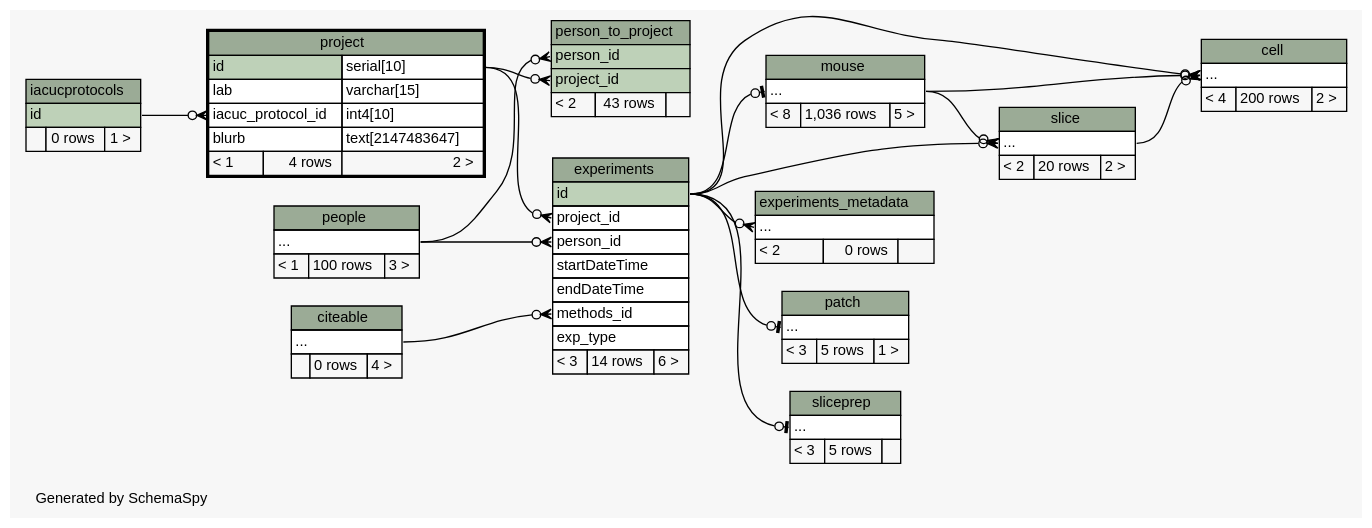
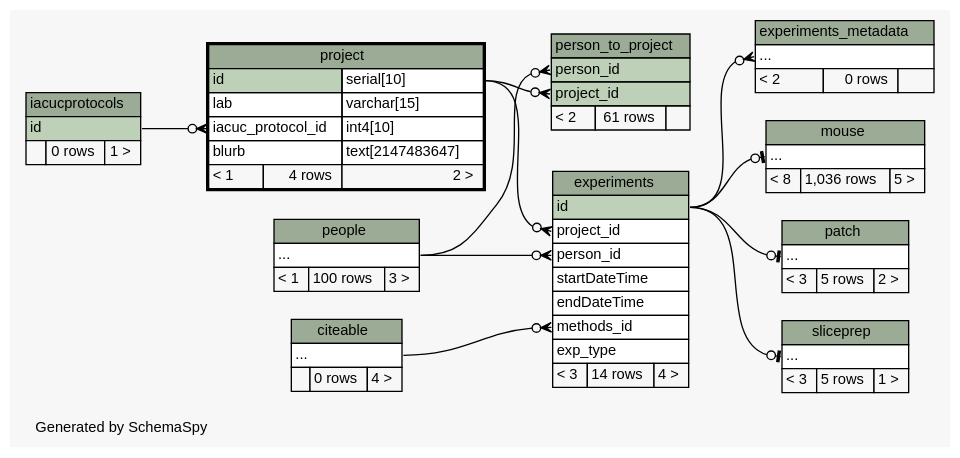
One commit to tgbugs/mlab changed the diagram in database/ss/diagrams/project.2degrees.dot. Above: the diagram before and after it, drawn with Graphviz. The commit also changed 193 other files, not shown here.

```diff
--- a/database/ss/diagrams/project.2degrees.dot
+++ b/database/ss/diagrams/project.2degrees.dot
@@ -1,167 +1,142 @@
 // dot 2.34.0 on Windows 7 6.1
 // SchemaSpy rev 590
 digraph "twoDegreesRelationshipsDiagram" {
   graph [
     rankdir="RL"
     bgcolor="#f7f7f7"
     label="\nGenerated by SchemaSpy"
     labeljust="l"
     nodesep="0.18"
     ranksep="0.46"
     fontname="Helvetica"
     fontsize="11"
   ];
   node [
     fontname="Helvetica"
     fontsize="11"
     shape="plaintext"
   ];
   edge [
     arrowsize="0.8"
   ];
-  "cell":"elipses":w -> "experiments":"id":e [arrowhead=none dir=back arrowtail=crowodot];
-  "cell":"elipses":w -> "mouse":"elipses":e [arrowhead=none dir=back arrowtail=crowodot];
-  "cell":"elipses":w -> "slice":"elipses":e [arrowhead=none dir=back arrowtail=crowodot];
   "experiments":"methods_id":w -> "citeable":"elipses":e [arrowhead=none dir=back arrowtail=crowodot];
   "experiments":"person_id":w -> "people":"elipses":e [arrowhead=none dir=back arrowtail=crowodot];
   "experiments":"project_id":w -> "project":"id.type":e [arrowhead=none dir=back arrowtail=crowodot];
   "experiments_metadata":"elipses":w -> "experiments":"id":e [arrowhead=none dir=back arrowtail=crowodot];
   "mouse":"elipses":w -> "experiments":"id":e [arrowhead=none dir=back arrowtail=teeodot];
   "patch":"elipses":w -> "experiments":"id":e [arrowhead=none dir=back arrowtail=teeodot];
   "person_to_project":"person_id":w -> "people":"elipses":e [arrowhead=none dir=back arrowtail=crowodot];
   "person_to_project":"project_id":w -> "project":"id.type":e [arrowhead=none dir=back arrowtail=crowodot];
   "project":"iacuc_protocol_id":w -> "iacucprotocols":"id":e [arrowhead=none dir=back arrowtail=crowodot];
-  "slice":"elipses":w -> "mouse":"elipses":e [arrowhead=none dir=back arrowtail=crowodot];
-  "slice":"elipses":w -> "experiments":"id":e [arrowhead=none dir=back arrowtail=crowodot];
   "sliceprep":"elipses":w -> "experiments":"id":e [arrowhead=none dir=back arrowtail=teeodot];
-  "cell" [
-    label=<
-    <TABLE BORDER="0" CELLBORDER="1" CELLSPACING="0" BGCOLOR="#ffffff">
-      <TR><TD COLSPAN="3" BGCOLOR="#9bab96" ALIGN="CENTER">cell</TD></TR>
-      <TR><TD PORT="elipses" COLSPAN="3" ALIGN="LEFT">...</TD></TR>
-      <TR><TD ALIGN="LEFT" BGCOLOR="#f7f7f7">&lt; 4</TD><TD ALIGN="RIGHT" BGCOLOR="#f7f7f7">200 rows</TD><TD ALIGN="RIGHT" BGCOLOR="#f7f7f7">2 &gt;</TD></TR>
-    </TABLE>>
-    URL="cell.html"
-    tooltip="cell"
-  ];
   "citeable" [
     label=<
     <TABLE BORDER="0" CELLBORDER="1" CELLSPACING="0" BGCOLOR="#ffffff">
       <TR><TD COLSPAN="3" BGCOLOR="#9bab96" ALIGN="CENTER">citeable</TD></TR>
       <TR><TD PORT="elipses" COLSPAN="3" ALIGN="LEFT">...</TD></TR>
       <TR><TD ALIGN="LEFT" BGCOLOR="#f7f7f7">  </TD><TD ALIGN="RIGHT" BGCOLOR="#f7f7f7">0 rows</TD><TD ALIGN="RIGHT" BGCOLOR="#f7f7f7">4 &gt;</TD></TR>
     </TABLE>>
     URL="citeable.html"
     tooltip="citeable"
   ];
   "experiments" [
     label=<
     <TABLE BORDER="0" CELLBORDER="1" CELLSPACING="0" BGCOLOR="#ffffff">
       <TR><TD COLSPAN="3" BGCOLOR="#9bab96" ALIGN="CENTER">experiments</TD></TR>
       <TR><TD PORT="id" COLSPAN="3" BGCOLOR="#bed1b8" ALIGN="LEFT">id</TD></TR>
       <TR><TD PORT="project_id" COLSPAN="3" ALIGN="LEFT">project_id</TD></TR>
       <TR><TD PORT="person_id" COLSPAN="3" ALIGN="LEFT">person_id</TD></TR>
       <TR><TD PORT="startDateTime" COLSPAN="3" ALIGN="LEFT">startDateTime</TD></TR>
       <TR><TD PORT="endDateTime" COLSPAN="3" ALIGN="LEFT">endDateTime</TD></TR>
       <TR><TD PORT="methods_id" COLSPAN="3" ALIGN="LEFT">methods_id</TD></TR>
       <TR><TD PORT="exp_type" COLSPAN="3" ALIGN="LEFT">exp_type</TD></TR>
-      <TR><TD ALIGN="LEFT" BGCOLOR="#f7f7f7">&lt; 3</TD><TD ALIGN="RIGHT" BGCOLOR="#f7f7f7">14 rows</TD><TD ALIGN="RIGHT" BGCOLOR="#f7f7f7">6 &gt;</TD></TR>
+      <TR><TD ALIGN="LEFT" BGCOLOR="#f7f7f7">&lt; 3</TD><TD ALIGN="RIGHT" BGCOLOR="#f7f7f7">14 rows</TD><TD ALIGN="RIGHT" BGCOLOR="#f7f7f7">4 &gt;</TD></TR>
     </TABLE>>
     URL="experiments.html"
     tooltip="experiments"
   ];
   "experiments_metadata" [
     label=<
     <TABLE BORDER="0" CELLBORDER="1" CELLSPACING="0" BGCOLOR="#ffffff">
       <TR><TD COLSPAN="3" BGCOLOR="#9bab96" ALIGN="CENTER">experiments_metadata</TD></TR>
       <TR><TD PORT="elipses" COLSPAN="3" ALIGN="LEFT">...</TD></TR>
       <TR><TD ALIGN="LEFT" BGCOLOR="#f7f7f7">&lt; 2</TD><TD ALIGN="RIGHT" BGCOLOR="#f7f7f7">0 rows</TD><TD ALIGN="RIGHT" BGCOLOR="#f7f7f7">  </TD></TR>
     </TABLE>>
     URL="experiments_metadata.html"
     tooltip="experiments_metadata"
   ];
   "iacucprotocols" [
     label=<
     <TABLE BORDER="0" CELLBORDER="1" CELLSPACING="0" BGCOLOR="#ffffff">
       <TR><TD COLSPAN="3" BGCOLOR="#9bab96" ALIGN="CENTER">iacucprotocols</TD></TR>
       <TR><TD PORT="id" COLSPAN="3" BGCOLOR="#bed1b8" ALIGN="LEFT">id</TD></TR>
       <TR><TD ALIGN="LEFT" BGCOLOR="#f7f7f7">  </TD><TD ALIGN="RIGHT" BGCOLOR="#f7f7f7">0 rows</TD><TD ALIGN="RIGHT" BGCOLOR="#f7f7f7">1 &gt;</TD></TR>
     </TABLE>>
     URL="iacucprotocols.html"
     tooltip="iacucprotocols"
   ];
   "mouse" [
     label=<
     <TABLE BORDER="0" CELLBORDER="1" CELLSPACING="0" BGCOLOR="#ffffff">
       <TR><TD COLSPAN="3" BGCOLOR="#9bab96" ALIGN="CENTER">mouse</TD></TR>
       <TR><TD PORT="elipses" COLSPAN="3" ALIGN="LEFT">...</TD></TR>
       <TR><TD ALIGN="LEFT" BGCOLOR="#f7f7f7">&lt; 8</TD><TD ALIGN="RIGHT" BGCOLOR="#f7f7f7">1,036 rows</TD><TD ALIGN="RIGHT" BGCOLOR="#f7f7f7">5 &gt;</TD></TR>
     </TABLE>>
     URL="mouse.html"
     tooltip="mouse"
   ];
   "patch" [
     label=<
     <TABLE BORDER="0" CELLBORDER="1" CELLSPACING="0" BGCOLOR="#ffffff">
       <TR><TD COLSPAN="3" BGCOLOR="#9bab96" ALIGN="CENTER">patch</TD></TR>
       <TR><TD PORT="elipses" COLSPAN="3" ALIGN="LEFT">...</TD></TR>
-      <TR><TD ALIGN="LEFT" BGCOLOR="#f7f7f7">&lt; 3</TD><TD ALIGN="RIGHT" BGCOLOR="#f7f7f7">5 rows</TD><TD ALIGN="RIGHT" BGCOLOR="#f7f7f7">1 &gt;</TD></TR>
+      <TR><TD ALIGN="LEFT" BGCOLOR="#f7f7f7">&lt; 3</TD><TD ALIGN="RIGHT" BGCOLOR="#f7f7f7">5 rows</TD><TD ALIGN="RIGHT" BGCOLOR="#f7f7f7">2 &gt;</TD></TR>
     </TABLE>>
     URL="patch.html"
     tooltip="patch"
   ];
   "people" [
     label=<
     <TABLE BORDER="0" CELLBORDER="1" CELLSPACING="0" BGCOLOR="#ffffff">
       <TR><TD COLSPAN="3" BGCOLOR="#9bab96" ALIGN="CENTER">people</TD></TR>
       <TR><TD PORT="elipses" COLSPAN="3" ALIGN="LEFT">...</TD></TR>
       <TR><TD ALIGN="LEFT" BGCOLOR="#f7f7f7">&lt; 1</TD><TD ALIGN="RIGHT" BGCOLOR="#f7f7f7">100 rows</TD><TD ALIGN="RIGHT" BGCOLOR="#f7f7f7">3 &gt;</TD></TR>
     </TABLE>>
     URL="people.html"
     tooltip="people"
   ];
   "person_to_project" [
     label=<
     <TABLE BORDER="0" CELLBORDER="1" CELLSPACING="0" BGCOLOR="#ffffff">
       <TR><TD COLSPAN="3" BGCOLOR="#9bab96" ALIGN="CENTER">person_to_project</TD></TR>
       <TR><TD PORT="person_id" COLSPAN="3" BGCOLOR="#bed1b8" ALIGN="LEFT">person_id</TD></TR>
       <TR><TD PORT="project_id" COLSPAN="3" BGCOLOR="#bed1b8" ALIGN="LEFT">project_id</TD></TR>
-      <TR><TD ALIGN="LEFT" BGCOLOR="#f7f7f7">&lt; 2</TD><TD ALIGN="RIGHT" BGCOLOR="#f7f7f7">43 rows</TD><TD ALIGN="RIGHT" BGCOLOR="#f7f7f7">  </TD></TR>
+      <TR><TD ALIGN="LEFT" BGCOLOR="#f7f7f7">&lt; 2</TD><TD ALIGN="RIGHT" BGCOLOR="#f7f7f7">61 rows</TD><TD ALIGN="RIGHT" BGCOLOR="#f7f7f7">  </TD></TR>
     </TABLE>>
     URL="person_to_project.html"
     tooltip="person_to_project"
   ];
   "project" [
     label=<
     <TABLE BORDER="2" CELLBORDER="1" CELLSPACING="0" BGCOLOR="#ffffff">
       <TR><TD COLSPAN="3" BGCOLOR="#9bab96" ALIGN="CENTER">project</TD></TR>
       <TR><TD PORT="id" COLSPAN="2" BGCOLOR="#bed1b8" ALIGN="LEFT">id</TD><TD PORT="id.type" ALIGN="LEFT">serial[10]</TD></TR>
       <TR><TD PORT="lab" COLSPAN="2" ALIGN="LEFT">lab</TD><TD PORT="lab.type" ALIGN="LEFT">varchar[15]</TD></TR>
       <TR><TD PORT="iacuc_protocol_id" COLSPAN="2" ALIGN="LEFT">iacuc_protocol_id</TD><TD PORT="iacuc_protocol_id.type" ALIGN="LEFT">int4[10]</TD></TR>
       <TR><TD PORT="blurb" COLSPAN="2" ALIGN="LEFT">blurb</TD><TD PORT="blurb.type" ALIGN="LEFT">text[2147483647]</TD></TR>
       <TR><TD ALIGN="LEFT" BGCOLOR="#f7f7f7">&lt; 1</TD><TD ALIGN="RIGHT" BGCOLOR="#f7f7f7">4 rows</TD><TD ALIGN="RIGHT" BGCOLOR="#f7f7f7">2 &gt;</TD></TR>
     </TABLE>>
     URL="project.html"
     tooltip="project"
   ];
-  "slice" [
-    label=<
-    <TABLE BORDER="0" CELLBORDER="1" CELLSPACING="0" BGCOLOR="#ffffff">
-      <TR><TD COLSPAN="3" BGCOLOR="#9bab96" ALIGN="CENTER">slice</TD></TR>
-      <TR><TD PORT="elipses" COLSPAN="3" ALIGN="LEFT">...</TD></TR>
-      <TR><TD ALIGN="LEFT" BGCOLOR="#f7f7f7">&lt; 2</TD><TD ALIGN="RIGHT" BGCOLOR="#f7f7f7">20 rows</TD><TD ALIGN="RIGHT" BGCOLOR="#f7f7f7">2 &gt;</TD></TR>
-    </TABLE>>
-    URL="slice.html"
-    tooltip="slice"
-  ];
   "sliceprep" [
     label=<
     <TABLE BORDER="0" CELLBORDER="1" CELLSPACING="0" BGCOLOR="#ffffff">
       <TR><TD COLSPAN="3" BGCOLOR="#9bab96" ALIGN="CENTER">sliceprep</TD></TR>
       <TR><TD PORT="elipses" COLSPAN="3" ALIGN="LEFT">...</TD></TR>
-      <TR><TD ALIGN="LEFT" BGCOLOR="#f7f7f7">&lt; 3</TD><TD ALIGN="RIGHT" BGCOLOR="#f7f7f7">5 rows</TD><TD ALIGN="RIGHT" BGCOLOR="#f7f7f7">  </TD></TR>
+      <TR><TD ALIGN="LEFT" BGCOLOR="#f7f7f7">&lt; 3</TD><TD ALIGN="RIGHT" BGCOLOR="#f7f7f7">5 rows</TD><TD ALIGN="RIGHT" BGCOLOR="#f7f7f7">1 &gt;</TD></TR>
     </TABLE>>
     URL="sliceprep.html"
     tooltip="sliceprep"
   ];
 }
```
